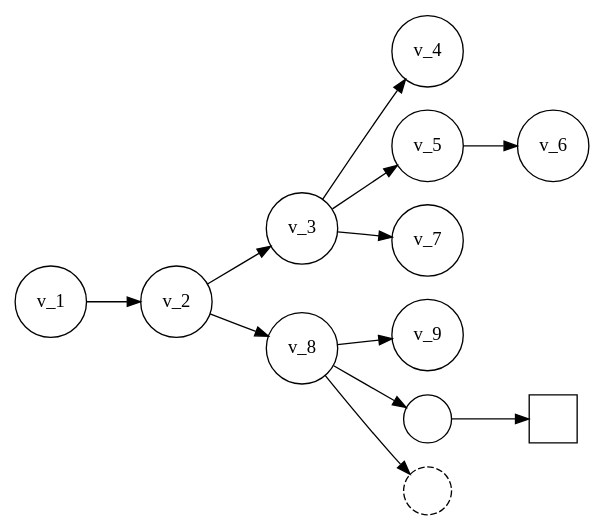
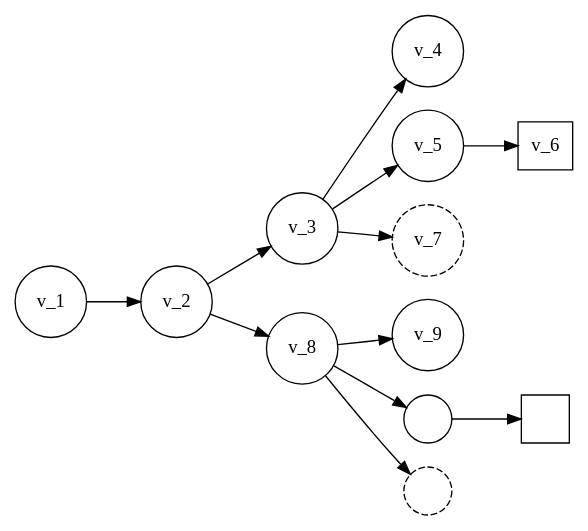
Before and after one commit to Hywan/PhdThesis: the diagram in PhdThesis/Source/Figure/Graph_two_behaviors.dot, drawn with Graphviz. The commit also changed 3 other files, not shown here.

```diff
--- a/PhdThesis/Source/Figure/Graph_two_behaviors.dot
+++ b/PhdThesis/Source/Figure/Graph_two_behaviors.dot
@@ -1,32 +1,35 @@
 digraph {
     graph [rankdir=LR];
     node [shape=circle, width=0.5];
 
     v_1 -> v_2 [label=" ", texlbl="$P$"];
 
     subgraph {
         v_2 -> v_3 [label=" ", texlbl="$P_\alpha$"];
         v_3 -> v_4 [label=" ", texlbl="$Q_\alpha$"];
         v_3 -> v_5 [label=" ", texlbl="$T_{C_\alpha}$"];
         v_5 -> v_6 [label=" ", texlbl="$T_{E_\alpha}$"];
         v_3 -> v_7 [label=" ", texlbl="$\neg T_{C_\alpha}$"];
     }
 
     subgraph {
         v_2  -> v_8  [label=" ", texlbl="$P_\beta$"];
         v_8  -> v_9  [label=" ", texlbl="$Q_\beta$"];
         v_8  -> v_10 [label=" ", texlbl="$T_{C_\beta}$"];
         v_10 -> v_11 [label=" ", texlbl="$T_{E_\beta}$"];
         v_8  -> v_12 [label=" ", texlbl="$\neg T_{C_\beta}$"];
     }
 
-    v_1      [style="state,initial"];
-    v_2      [style="state,accepting"];
-    v_4 v_9  [style="state,accepting"];
-    v_6 v_11 [style="state,accepting", shape=rect];
-    v_7 v_12 [style="state,dashed"];
+    v_1  [style="state,initial"];
+    v_2  [style="state,accepting"];
+    v_4  [style="state,accepting"];
+    v_9  [style="state,accepting"];
+    v_6  [style="state,accepting", shape=rect];
+    v_11 [style="state,accepting", shape=rect];
+    v_7  [style="state,dashed"];
+    v_12 [style="state,dashed"];
 
     v_10 [label=" ", texlbl="$v_{10}$"];
     v_11 [label=" ", texlbl="$v_{11}$"];
     v_12 [label=" ", texlbl="$v_{12}$"];
 }
```
